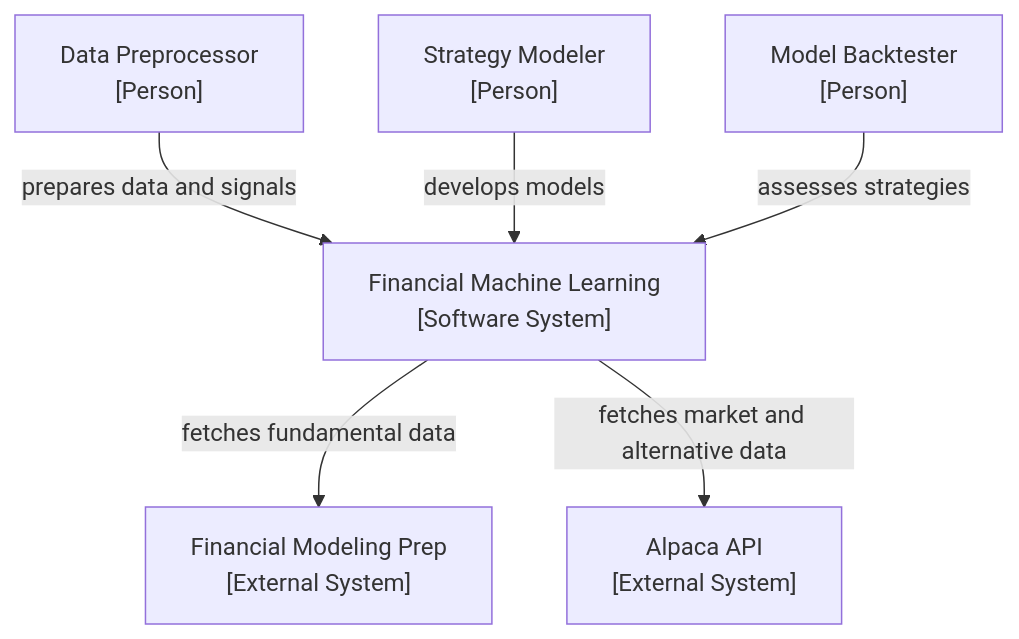
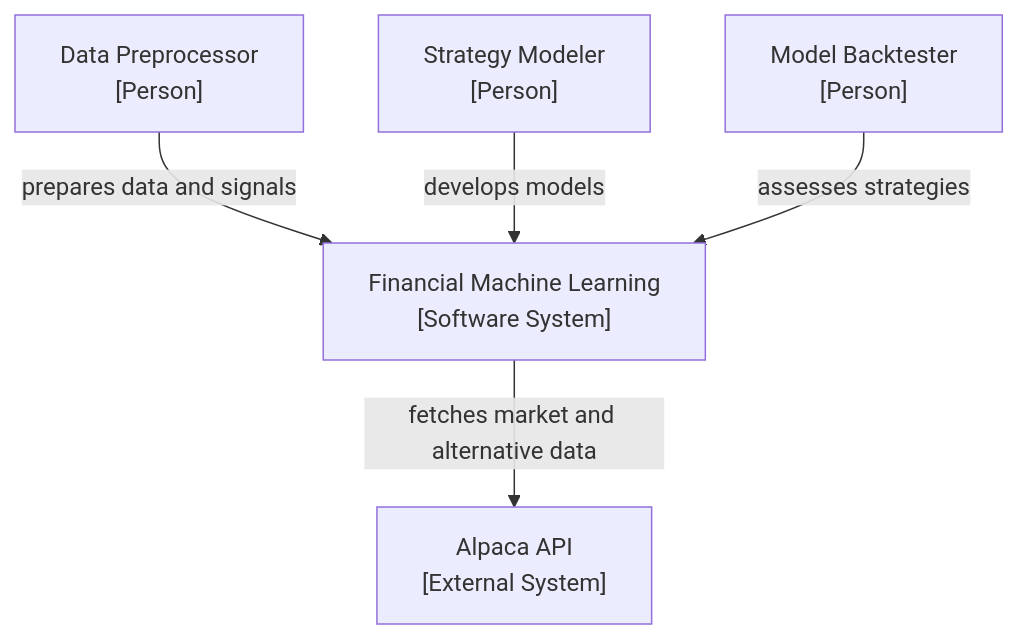
Before and after one commit to kwonjunhyuk9/financial-machine-learning: the first of 3 diagrams in docs/architecture.md, drawn with Mermaid. The commit also changed other lines of this file and 37 other files, not shown here.

````diff
--- a/docs/architecture.md
+++ b/docs/architecture.md
@@ -23,14 +23,12 @@
 ```mermaid
 flowchart TD
     dp["Data Preprocessor<br/>[Person]"]
     sm["Strategy Modeler<br/>[Person]"]
     mb["Model Backtester<br/>[Person]"]
-    fmp["Financial Modeling Prep<br/>[External System]"]
     alpaca["Alpaca API<br/>[External System]"]
     system["Financial Machine Learning<br/>[Software System]"]
     dp -->|" prepares data and signals "| system
     sm -->|" develops models "| system
     mb -->|" assesses strategies "| system
-    system -->|" fetches fundamental data "| fmp
     system -->|" fetches market and alternative data "| alpaca
 ```
````
